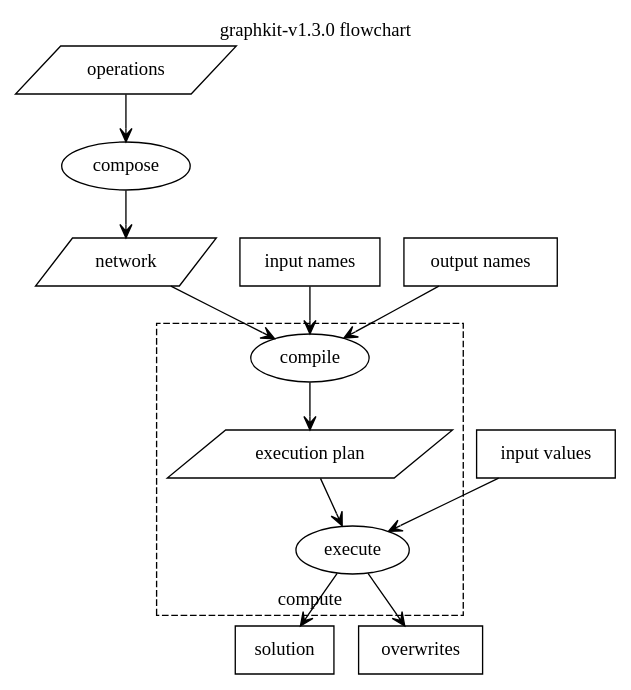
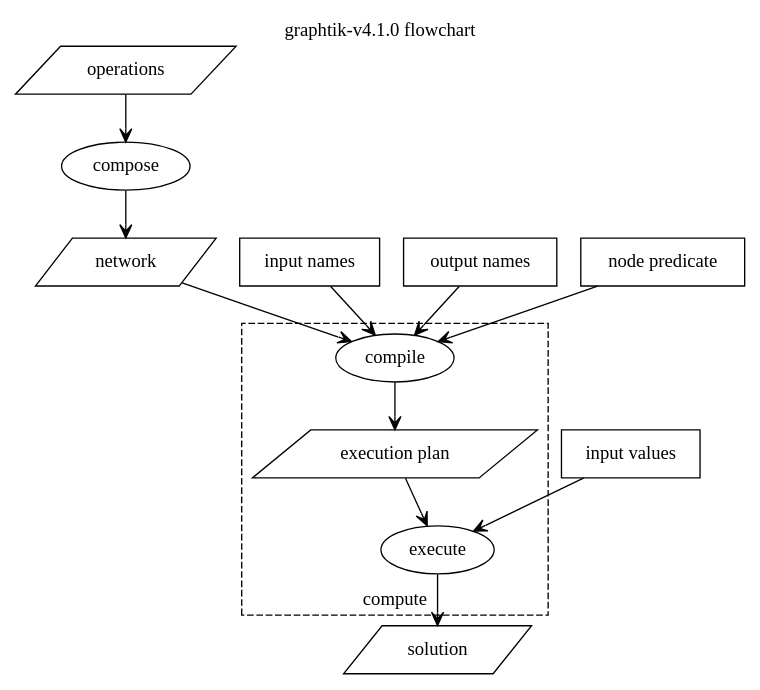
One commit to wgmo/graphtik changed the diagram in docs/GraphtikFlowchart.dot. Above: the diagram before and after it, drawn with Graphviz. The commit also changed 1 other file, not shown here.

Commit message:
DOC(IMG): +FlowChart v4.0.0, nodes link to RTD

```diff
--- a/docs/GraphtikFlowchart.dot
+++ b/docs/GraphtikFlowchart.dot
@@ -1,31 +1,31 @@
 # Render it manually with this command, and remember to update result in git:
 #
-#   dot docs/GraphkitFlowchart.dot -Tsvg -odocs/source/images/GraphkitFlowchart-vX.Y.Z.svg 
+#   dot docs/GraphtikFlowchart.dot -Tsvg -odocs/source/images/GraphtikFlowchart-vX.Y.Z.svg
 #
 digraph {
-    label="graphkit-v1.3.0 flowchart";
+    label="graphtik-v4.1.0 flowchart";
     labelloc=t;
 
-    operations  [shape=parallelogram fontname="italic"];
-    compose     [fontname="italic"];
-    network     [shape=parallelogram fontname="italic"];
-    inputs      [shape=rect label="input names"];
-    outputs     [shape=rect label="output names"];
+    operations  [shape=parallelogram fontname="italic" URL="https://graphtik.readthedocs.io/en/latest/arch.html#term-operation"];
+    compose     [fontname="italic" URL="https://graphtik.readthedocs.io/en/latest/arch.html#term-composition"];
+    network     [shape=parallelogram fontname="italic" URL="https://graphtik.readthedocs.io/en/latest/arch.html#term-network"];
+    inputs      [shape=rect label="input names" URL="https://graphtik.readthedocs.io/en/latest/arch.html#term-inputs"];
+    outputs     [shape=rect label="output names" URL="https://graphtik.readthedocs.io/en/latest/arch.html#term-outputs"];
+    predicate     [shape=rect label="node predicate" URL="https://graphtik.readthedocs.io/en/latest/arch.html#term-node-predicate"];
     subgraph cluster_compute {
         label=compute
         fontname=bold
         style=dashed;
         labelloc=b;
 
-        compile     [fontname="italic"];
-        plan        [shape=parallelogram label="execution plan" fontname="italic"];
-        execute     [fontname=italic fontname="italic"];
+        compile     [fontname="italic" URL="https://graphtik.readthedocs.io/en/latest/arch.html#term-compilation"];
+        plan        [shape=parallelogram label="execution plan" fontname="italic" URL="https://graphtik.readthedocs.io/en/latest/arch.html#term-execution-plan"];
+        execute     [fontname=italic fontname="italic" URL="https://graphtik.readthedocs.io/en/latest/arch.html#term-execution"];
     }
-    values      [shape=rect label="input values"];
-    solution    [shape=rect];
-    overwrites  [shape=rect];
-    
+    values      [shape=rect label="input values" URL="https://graphtik.readthedocs.io/en/latest/arch.html#term-inputs"];
+    solution    [shape=parallelogram URL="https://graphtik.readthedocs.io/en/latest/arch.html#term-solution"];
+
     operations -> compose -> network    [arrowhead=vee];
-    {network inputs outputs} -> compile -> plan  [arrowhead=vee];
-    {plan values} -> execute -> {solution overwrites} [arrowhead=vee];
+    {network inputs outputs predicate} -> compile -> plan  [arrowhead=vee];
+    {plan values} -> execute -> solution [arrowhead=vee];
 }
```
